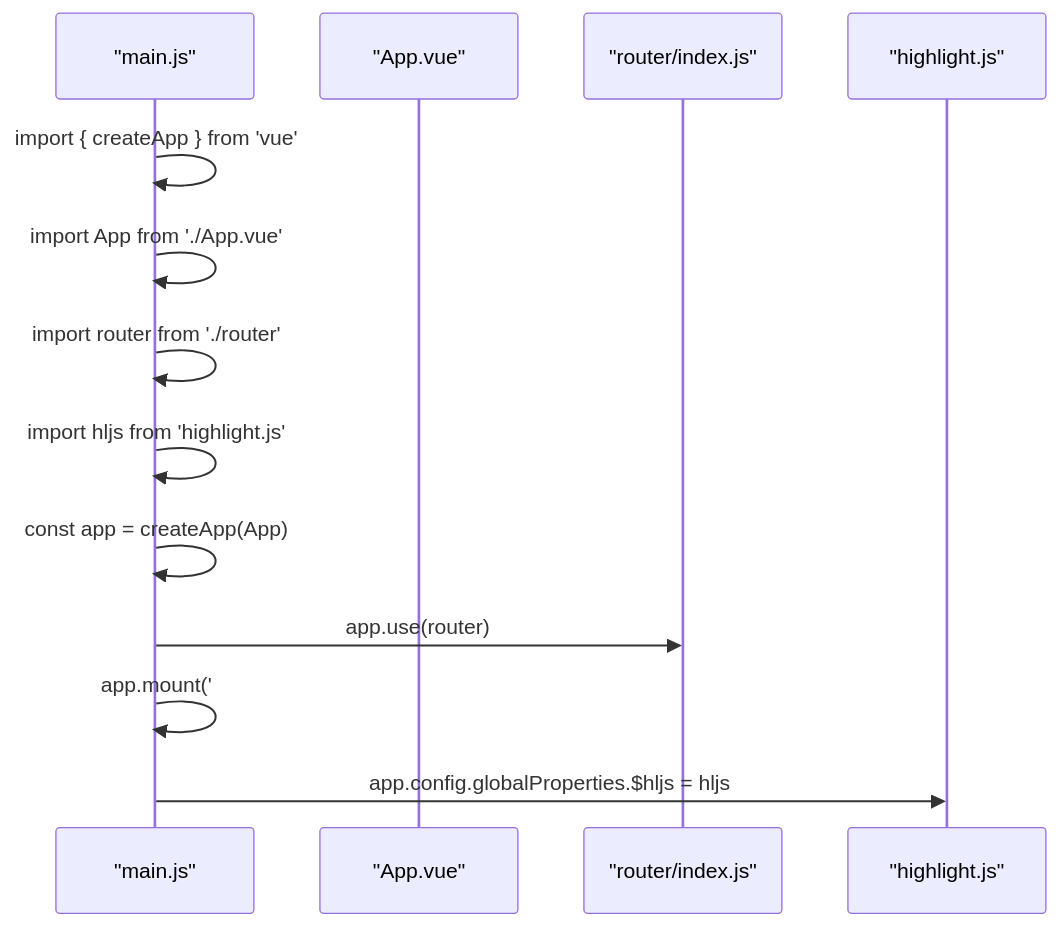
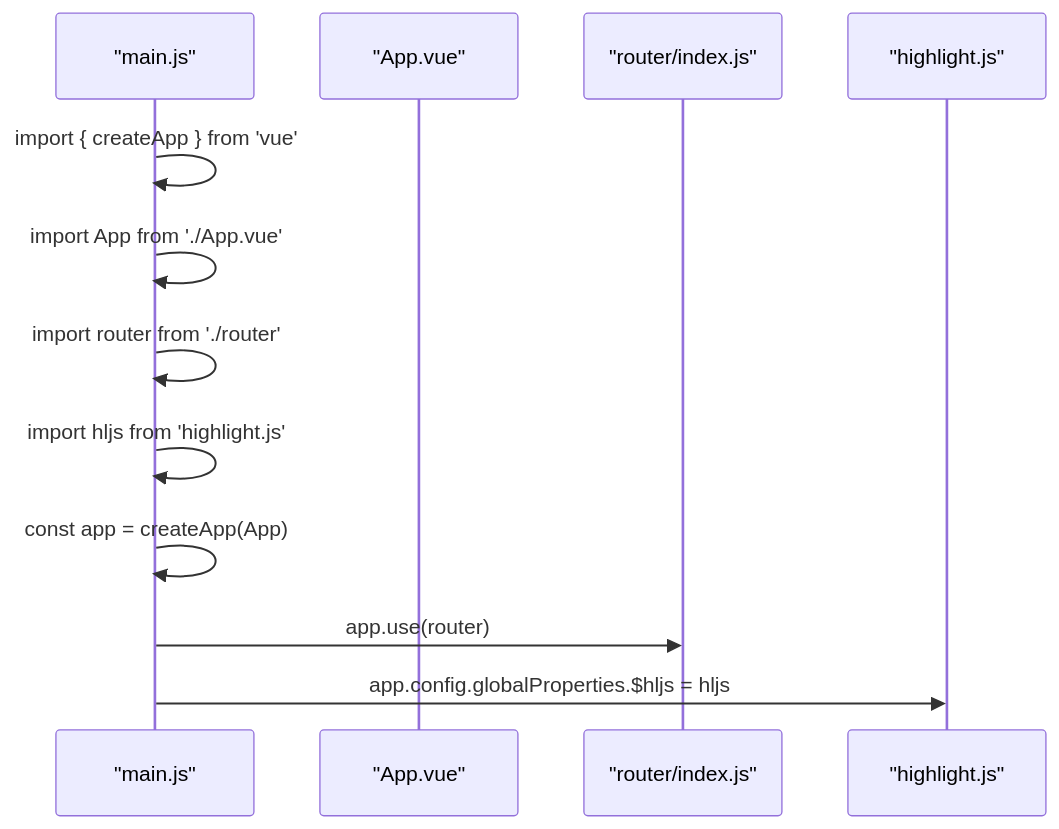
Before and after one commit to yuyezhizhi/yuyezhizhi.github.io: the fourth of 9 diagrams in .qoder/repowiki/zh/content/技术架构/核心框架架构.md, drawn with Mermaid. The commit also changed other lines of this file and 14 other files, not shown here.

````diff
--- a/.qoder/repowiki/zh/content/技术架构/核心框架架构.md
+++ b/.qoder/repowiki/zh/content/技术架构/核心框架架构.md
@@ -163,15 +161,14 @@
 ```mermaid
 sequenceDiagram
 participant Main as "main.js"
 participant App as "App.vue"
 participant Router as "router/index.js"
 participant HLJS as "highlight.js"
 Main->>Main : import { createApp } from 'vue'
 Main->>Main : import App from './App.vue'
 Main->>Main : import router from './router'
 Main->>Main : import hljs from 'highlight.js'
 Main->>Main : const app = createApp(App)
 Main->>Router : app.use(router)
-Main->>Main : app.mount('#app')
 Main->>HLJS : app.config.globalProperties.$hljs = hljs
 ```
````
